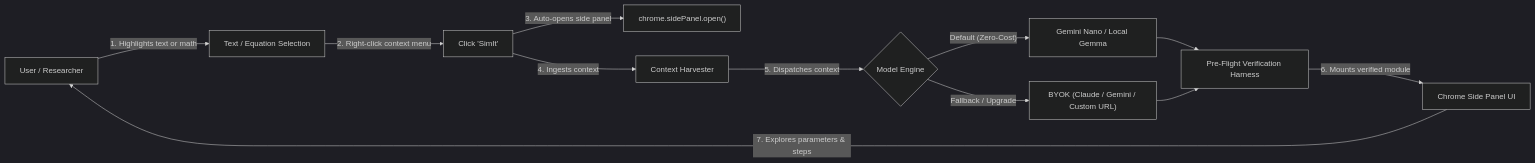
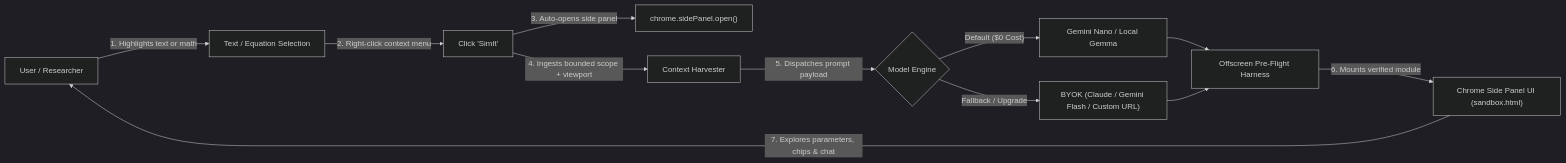
The first of 2 diagrams in docs/product/prd.md (vmatrixdev/simit), drawn with Mermaid (dark theme) before and after one commit. The commit also changed other lines of this file and 11 other files, not shown here.

Commit message:
docs & core: align specs with consolidated architecture and add dynamic viewport injection

````diff
--- a/docs/product/prd.md
+++ b/docs/product/prd.md
@@ -9,14 +12,14 @@
 ```mermaid
 flowchart LR
     User["User / Researcher"] -->|"1. Highlights text or math"| Selection["Text / Equation Selection"]
-    Selection -->|"2. Right-click context menu"| ContextMenu["Click 'SimIt'"]
-    ContextMenu -->|"3. Auto-opens side panel"| SidePanelOpen["chrome.sidePanel.open()"]
-    ContextMenu -->|"4. Ingests context"| Harvester["Context Harvester"]
-    Harvester -->|"5. Dispatches context"| ModelRouter{"Model Engine"}
-    ModelRouter -->|"Default (Zero-Cost)"| Nano["Gemini Nano / Local Gemma"]
-    ModelRouter -->|"Fallback / Upgrade"| BYOK["BYOK (Claude / Gemini / Custom URL)"]
-    Nano --> PreFlight["Pre-Flight Verification Harness"]
+    Selection -->|"2. Right-click context menu"| Trigger["Click 'SimIt'"]
+    Trigger -->|"3. Auto-opens side panel"| SidePanelOpen["chrome.sidePanel.open()"]
+    Trigger -->|"4. Ingests bounded scope + viewport"| Harvester["Context Harvester"]
+    Harvester -->|"5. Dispatches prompt payload"| ModelRouter{"Model Engine"}
+    ModelRouter -->|"Default ($0 Cost)"| Nano["Gemini Nano / Local Gemma"]
+    ModelRouter -->|"Fallback / Upgrade"| BYOK["BYOK (Claude / Gemini Flash / Custom URL)"]
+    Nano --> PreFlight["Offscreen Pre-Flight Harness"]
     BYOK --> PreFlight
-    PreFlight -->|"6. Mounts verified module"| SidePanelUI["Chrome Side Panel UI"]
-    SidePanelUI -->|"7. Explores parameters & steps"| User
+    PreFlight -->|"6. Mounts verified module"| SidePanelUI["Chrome Side Panel UI (sandbox.html)"]
+    SidePanelUI -->|"7. Explores parameters, chips & chat"| User
 ```
````
